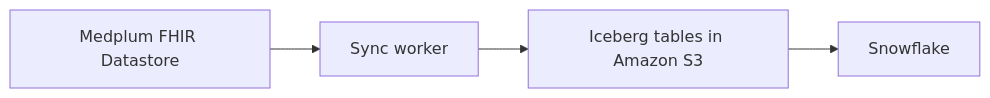
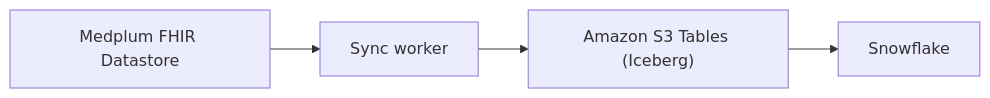
Before and after one commit to medplum/medplum: the diagram in packages/docs/docs/analytics/snowflake.md, drawn with Mermaid. The commit also changed other lines of this file, not shown here.

````diff
--- a/packages/docs/docs/analytics/snowflake.md
+++ b/packages/docs/docs/analytics/snowflake.md
@@ -21,6 +21,6 @@
 ```mermaid
 flowchart LR
   A["Medplum FHIR Datastore"] --> B["Sync worker"]
-  B --> C["Iceberg tables in Amazon S3"]
+  B --> C["Amazon S3 Tables (Iceberg)"]
   C --> D["Snowflake"]
 ```
````
